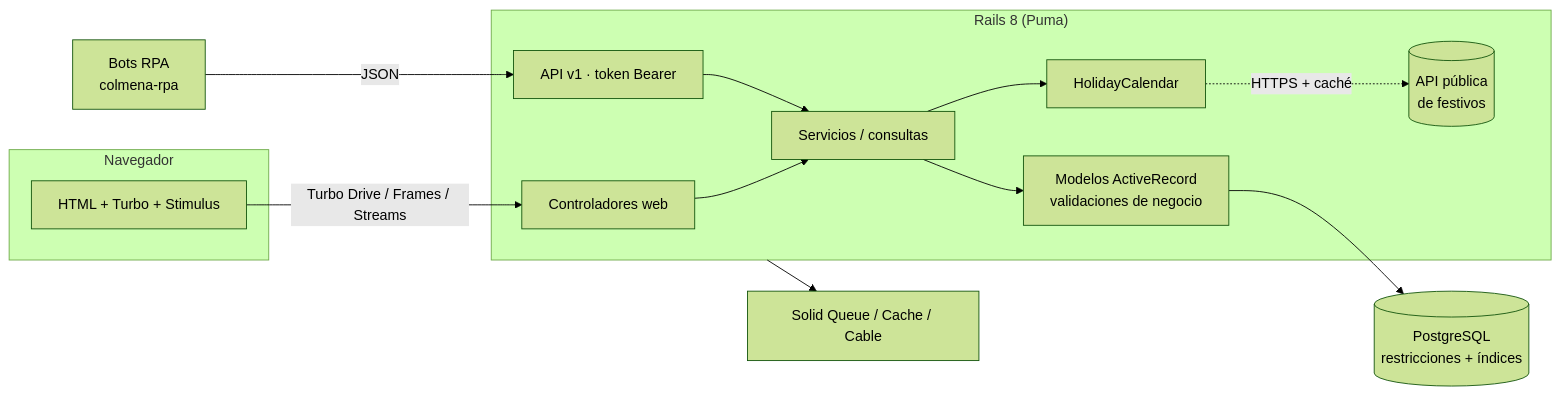
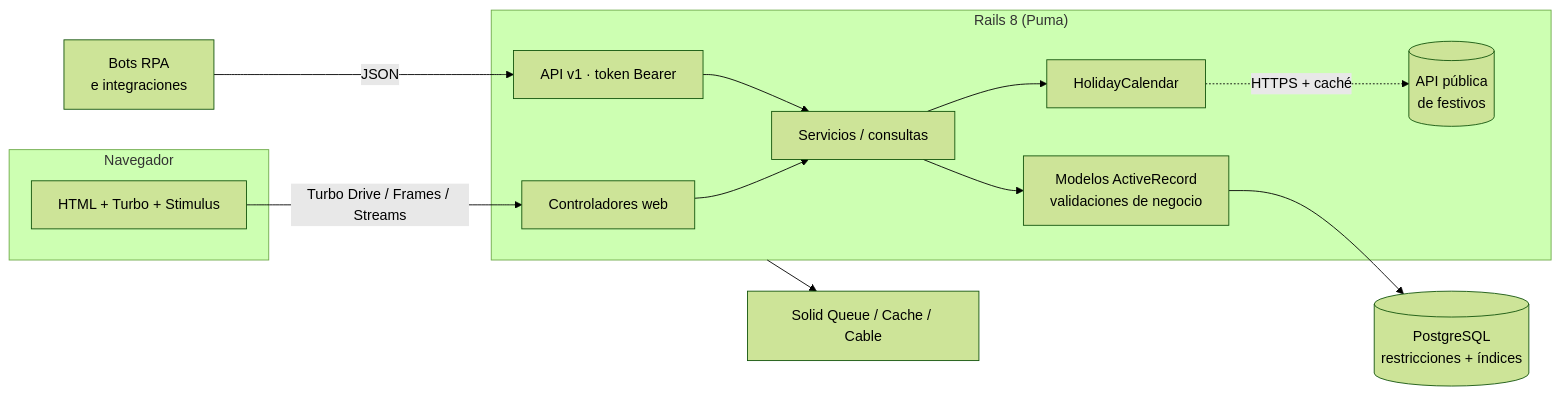
Before and after one commit to DarwinMontiel/faro-cobranza: the first of 3 diagrams in docs/architecture.md, drawn with Mermaid (forest theme). The commit also changed 5 other files, not shown here.

Commit message:
docs: no atribuir a colmena-rpa integraciones que no tiene y pulir textos en español

````diff
--- a/docs/architecture.md
+++ b/docs/architecture.md
@@ -6,17 +6,17 @@
 ```mermaid
 flowchart LR
     subgraph Navegador
         UI[HTML + Turbo + Stimulus]
     end
     subgraph Rails["Rails 8 (Puma)"]
         C[Controladores web] --> S[Servicios / consultas]
         A[API v1 · token Bearer] --> S
         S --> M[Modelos ActiveRecord<br/>validaciones de negocio]
         HC[HolidayCalendar] -.->|HTTPS + caché| NAGER[(API pública<br/>de festivos)]
         S --> HC
     end
     UI -- "Turbo Drive / Frames / Streams" --> C
-    BOT[Bots RPA<br/>colmena-rpa] -- JSON --> A
+    BOT[Bots RPA<br/>e integraciones] -- JSON --> A
     M --> PG[(PostgreSQL<br/>restricciones + índices)]
     Rails --> SQ[Solid Queue / Cache / Cable]
 ```
````
